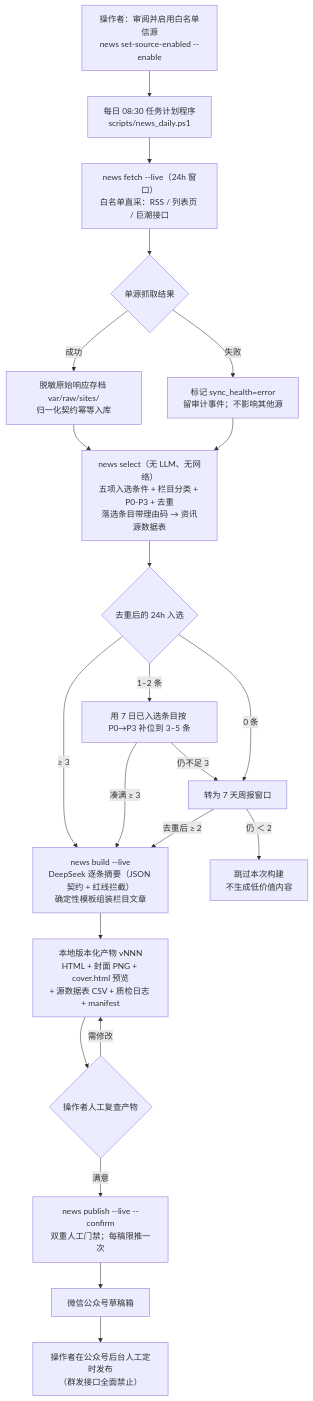
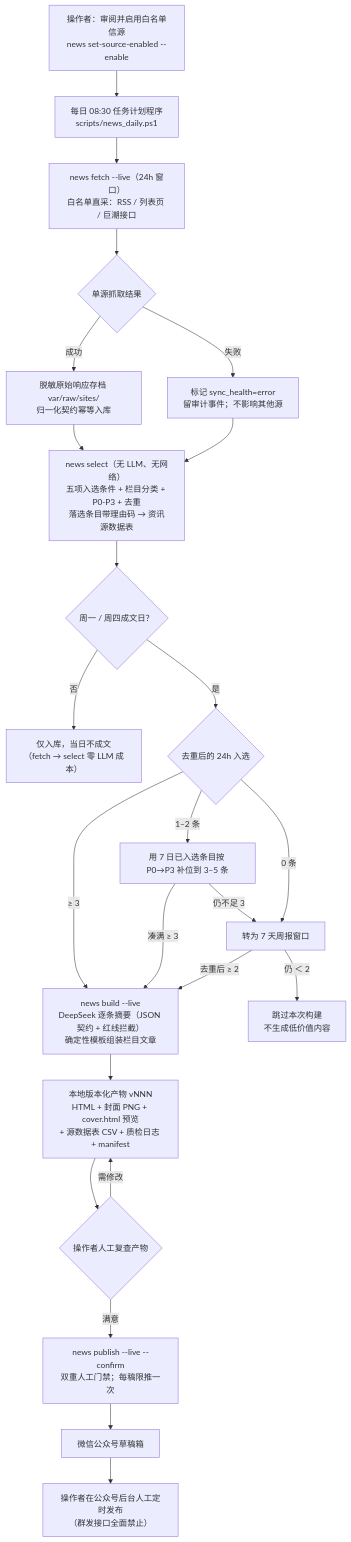
The diagram in docs/NEWS_WORKFLOW.md (GuJiaWen777/nutrition-signal-radar), drawn with Mermaid before and after one commit. The commit also changed other lines of this file and 8 other files, not shown here.

````diff
--- a/docs/NEWS_WORKFLOW.md
+++ b/docs/NEWS_WORKFLOW.md
@@ -7,24 +7,26 @@
 ```mermaid
 flowchart TD
     A["操作者：审阅并启用白名单信源<br/>news set-source-enabled --enable"] --> B["每日 08:30 任务计划程序<br/>scripts/news_daily.ps1"]
     B --> C["news fetch --live（24h 窗口）<br/>白名单直采：RSS / 列表页 / 巨潮接口"]
     C --> C1{"单源抓取结果"}
     C1 -->|"成功"| C2["脱敏原始响应存档 var/raw/sites/<br/>归一化契约幂等入库"]
     C1 -->|"失败"| C3["标记 sync_health=error<br/>留审计事件；不影响其他源"]
     C2 --> D["news select（无 LLM、无网络）<br/>五项入选条件 + 栏目分类 + P0-P3 + 去重<br/>落选条目带理由码 → 资讯源数据表"]
     C3 --> D
-    D --> D1{"去重后的 24h 入选"}
+    D --> BD{"周一 / 周四成文日？"}
+    BD -->|"否"| BD2["仅入库，当日不成文<br/>（fetch → select 零 LLM 成本）"]
+    BD -->|"是"| D1{"去重后的 24h 入选"}
     D1 -->|"≥ 3"| E["news build --live<br/>DeepSeek 逐条摘要（JSON 契约 + 红线拦截）<br/>确定性模板组装栏目文章"]
     D1 -->|"1–2 条"| F["用 7 日已入选条目按 P0→P3 补位到 3–5 条"]
     F -->|"凑满 ≥ 3"| E
     F -->|"仍不足 3"| G["转为 7 天周报窗口"]
     D1 -->|"0 条"| G
     G -->|"去重后 ≥ 2"| E
     G -->|"仍 ＜ 2"| H["跳过本次构建<br/>不生成低价值内容"]
     E --> I["本地版本化产物 vNNN<br/>HTML + 封面 PNG + cover.html 预览<br/>+ 源数据表 CSV + 质检日志 + manifest"]
     I --> J{"操作者人工复查产物"}
     J -->|"需修改"| I
     J -->|"满意"| K["news publish --live --confirm<br/>双重人工门禁；每稿限推一次"]
     K --> L["微信公众号草稿箱"]
     L --> M["操作者在公众号后台人工定时发布<br/>（群发接口全面禁止）"]
 ```
````
